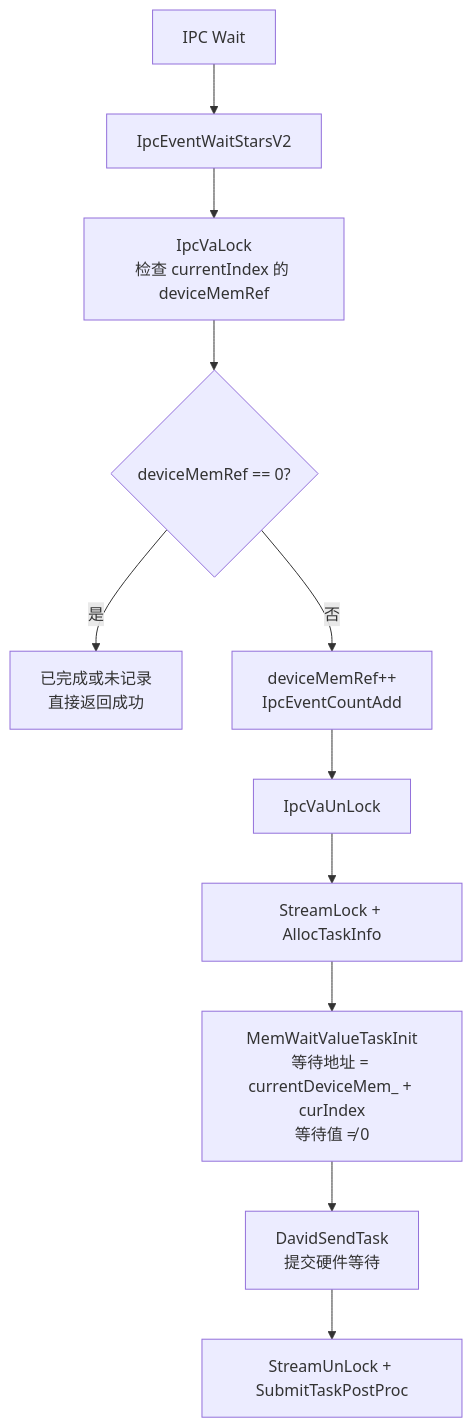
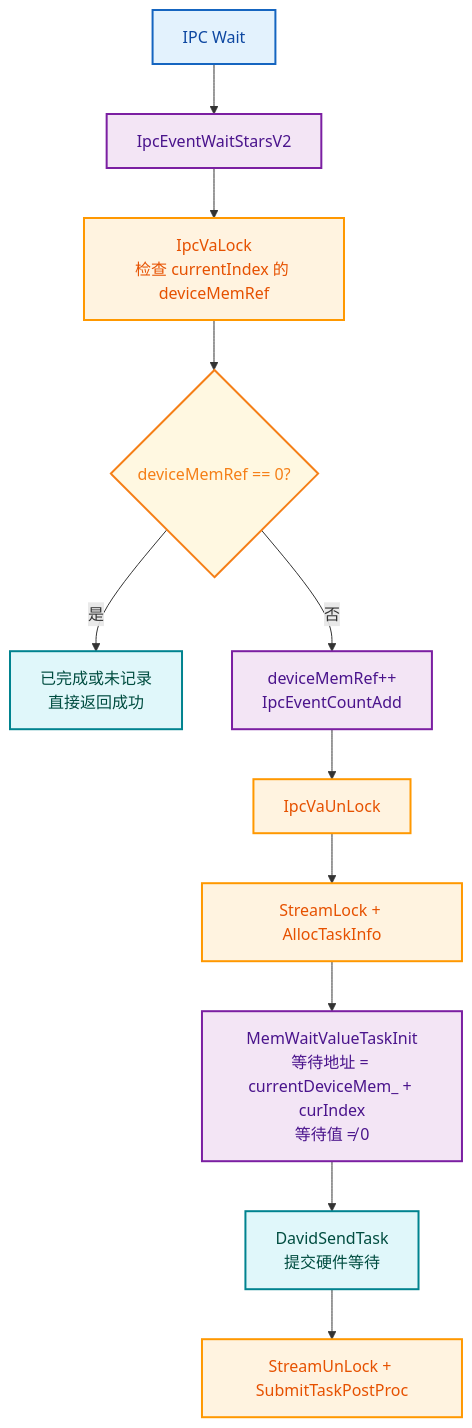
Before and after one commit to 18liumin/runtime: the sixth of 11 diagrams in docs/design/modules/event/event.md, drawn with Mermaid. The commit also changed other lines of this file, not shown here.

First line of the commit message:
docs/design/event: 参照task模块重构图表风格和内容结构

````diff
--- a/docs/design/modules/event/event.md
+++ b/docs/design/modules/event/event.md
@@ -264,13 +279,21 @@
 ```mermaid
+
 flowchart TD
-    A[IPC Wait] --> B[IpcEventWaitStarsV2]
-    B --> C[IpcVaLock<br/>检查 currentIndex 的 deviceMemRef]
-    C --> D{deviceMemRef == 0?}
-    D -->|是| E[已完成或未记录<br/>直接返回成功]
-    D -->|否| F[deviceMemRef++<br/>IpcEventCountAdd]
-    F --> G[IpcVaUnLock]
-    G --> H[StreamLock + AllocTaskInfo]
-    H --> I[MemWaitValueTaskInit<br/>等待地址 = currentDeviceMem_ + curIndex<br/>等待值 ≠ 0]
-    I --> J[DavidSendTask<br/>提交硬件等待]
-    J --> K[StreamUnLock + SubmitTaskPostProc]
+    classDef userStyle fill:#E3F2FD,stroke:#1565C0,stroke-width:2px,color:#0D47A1
+    classDef lockStyle fill:#FFF3E0,stroke:#FF9800,stroke-width:2px,color:#E65100
+    classDef ipcStyle fill:#F3E5F5,stroke:#7B1FA2,stroke-width:2px,color:#4A148C
+    classDef decisionStyle fill:#FFF8E1,stroke:#F57F17,stroke-width:2px,color:#F57F17
+    classDef successStyle fill:#E0F7FA,stroke:#00838F,stroke-width:2px,color:#004D40
+
+    A["IPC Wait"]:::userStyle --> B["IpcEventWaitStarsV2"]:::ipcStyle
+    B --> C["IpcVaLock<br/>检查 currentIndex 的 deviceMemRef"]:::lockStyle
+    C --> D{"deviceMemRef == 0?"}:::decisionStyle
+    D -->|是| E["已完成或未记录<br/>直接返回成功"]:::successStyle
+    D -->|否| F["deviceMemRef++<br/>IpcEventCountAdd"]:::ipcStyle
+    F --> G["IpcVaUnLock"]:::lockStyle
+    G --> H["StreamLock + AllocTaskInfo"]:::lockStyle
+    H --> I["MemWaitValueTaskInit<br/>等待地址 = currentDeviceMem_ + curIndex<br/>等待值 ≠ 0"]:::ipcStyle
+    I --> J["DavidSendTask<br/>提交硬件等待"]:::successStyle
+    J --> K["StreamUnLock + SubmitTaskPostProc"]:::lockStyle
+
 ```
````
